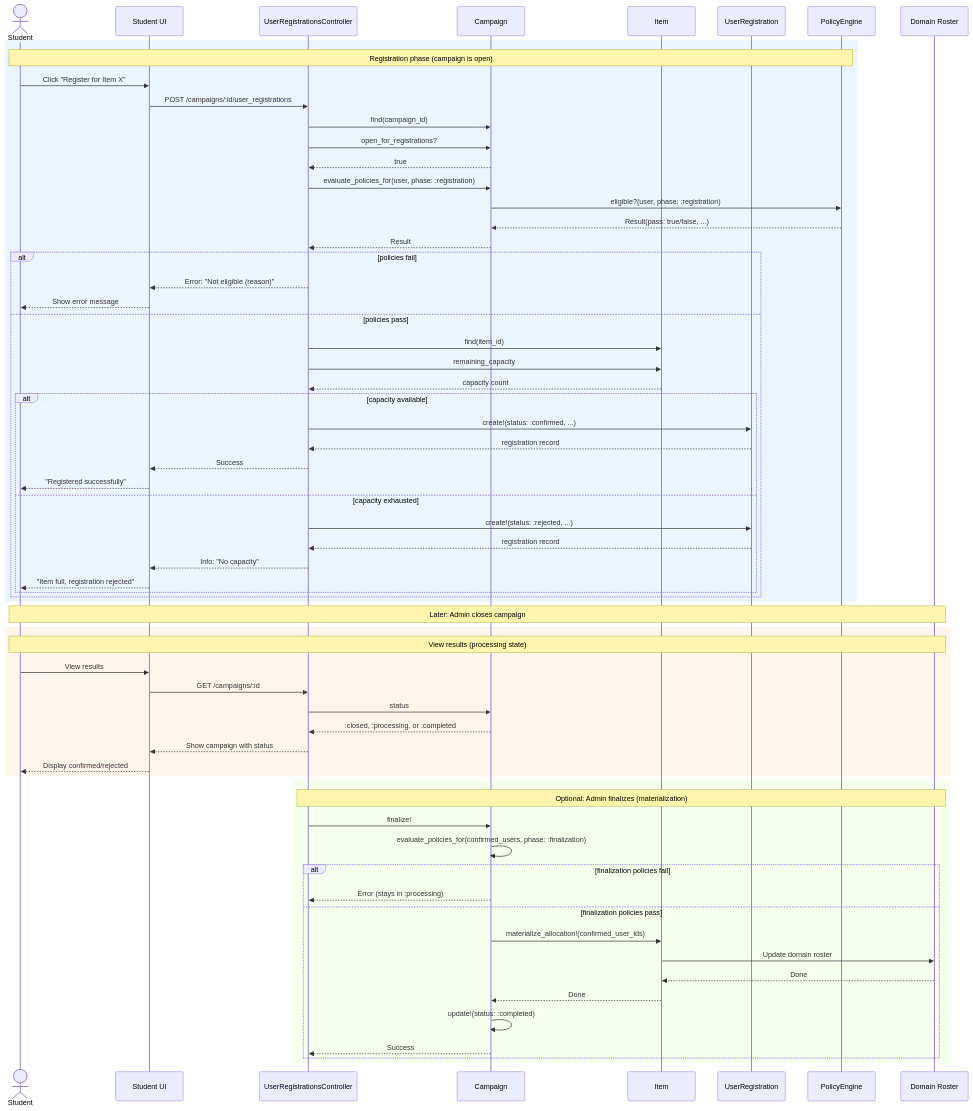
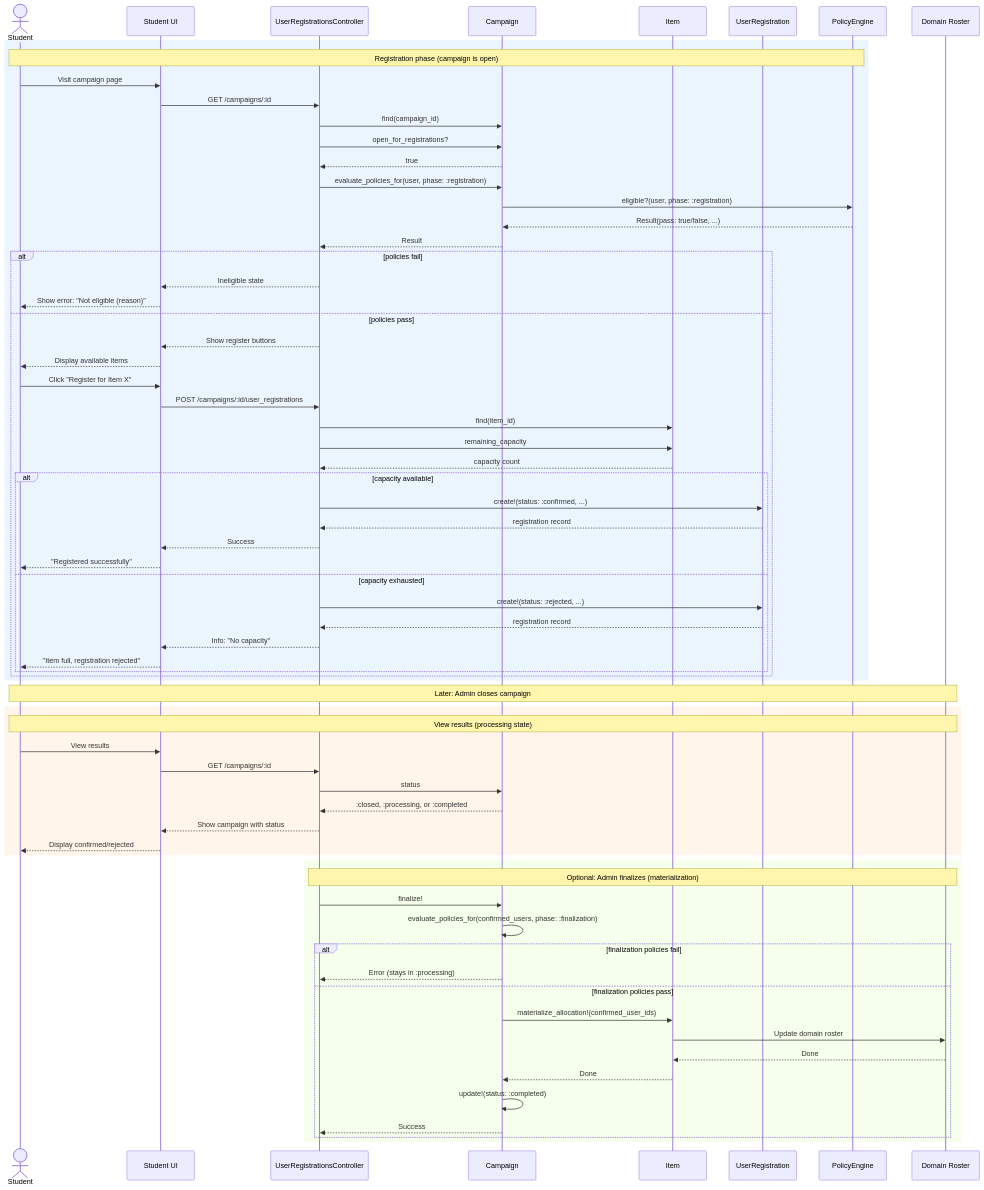
Before and after one commit to MaMpf-HD/mampf: the sixth of 6 diagrams in architecture/src/features/02-registration.md, drawn with Mermaid. The commit also changed other lines of this file and 4 other files, not shown here.

````diff
--- a/architecture/src/features/02-registration.md
+++ b/architecture/src/features/02-registration.md
@@ -1314,75 +1316,80 @@
 ```mermaid
 sequenceDiagram
     actor Student
     participant UI as Student UI
     participant Controller as UserRegistrationsController
     participant Campaign
     participant Item
     participant UserReg as UserRegistration
     participant PolicyEngine
     participant Roster as Domain Roster
 
     rect rgb(235, 245, 255)
     note over Student,PolicyEngine: Registration phase (campaign is open)
-    Student->>UI: Click "Register for Item X"
-    UI->>Controller: POST /campaigns/:id/user_registrations
-    
+    Student->>UI: Visit campaign page
+    UI->>Controller: GET /campaigns/:id
     Controller->>Campaign: find(campaign_id)
     Controller->>Campaign: open_for_registrations?
     Campaign-->>Controller: true
     
     Controller->>Campaign: evaluate_policies_for(user, phase: :registration)
     Campaign->>PolicyEngine: eligible?(user, phase: :registration)
     PolicyEngine-->>Campaign: Result(pass: true/false, ...)
     Campaign-->>Controller: Result
     
     alt policies fail
-        Controller-->>UI: Error: "Not eligible (reason)"
-        UI-->>Student: Show error message
+        Controller-->>UI: Ineligible state
+        UI-->>Student: Show error: "Not eligible (reason)"
     else policies pass
+        Controller-->>UI: Show register buttons
+        UI-->>Student: Display available items
+        
+        Student->>UI: Click "Register for Item X"
+        UI->>Controller: POST /campaigns/:id/user_registrations
+        
         Controller->>Item: find(item_id)
         Controller->>Item: remaining_capacity
         Item-->>Controller: capacity count
         
         alt capacity available
             Controller->>UserReg: create!(status: :confirmed, ...)
             UserReg-->>Controller: registration record
             Controller-->>UI: Success
             UI-->>Student: "Registered successfully"
         else capacity exhausted
             Controller->>UserReg: create!(status: :rejected, ...)
             UserReg-->>Controller: registration record
             Controller-->>UI: Info: "No capacity"
             UI-->>Student: "Item full, registration rejected"
         end
     end
     end
     
     note over Student,Roster: Later: Admin closes campaign
     
     rect rgb(255, 245, 235)
     note over Student,Roster: View results (processing state)
     Student->>UI: View results
     UI->>Controller: GET /campaigns/:id
     Controller->>Campaign: status
     Campaign-->>Controller: :closed, :processing, or :completed
     Controller-->>UI: Show campaign with status
     UI-->>Student: Display confirmed/rejected
     end
     
     rect rgb(245, 255, 235)
     note over Controller,Roster: Optional: Admin finalizes (materialization)
     Controller->>Campaign: finalize!
     Campaign->>Campaign: evaluate_policies_for(confirmed_users, phase: :finalization)
     alt finalization policies fail
         Campaign-->>Controller: Error (stays in :processing)
     else finalization policies pass
         Campaign->>Item: materialize_allocation!(confirmed_user_ids)
         Item->>Roster: Update domain roster
         Roster-->>Item: Done
         Item-->>Campaign: Done
         Campaign->>Campaign: update!(status: :completed)
         Campaign-->>Controller: Success
     end
     end
 ```
````
